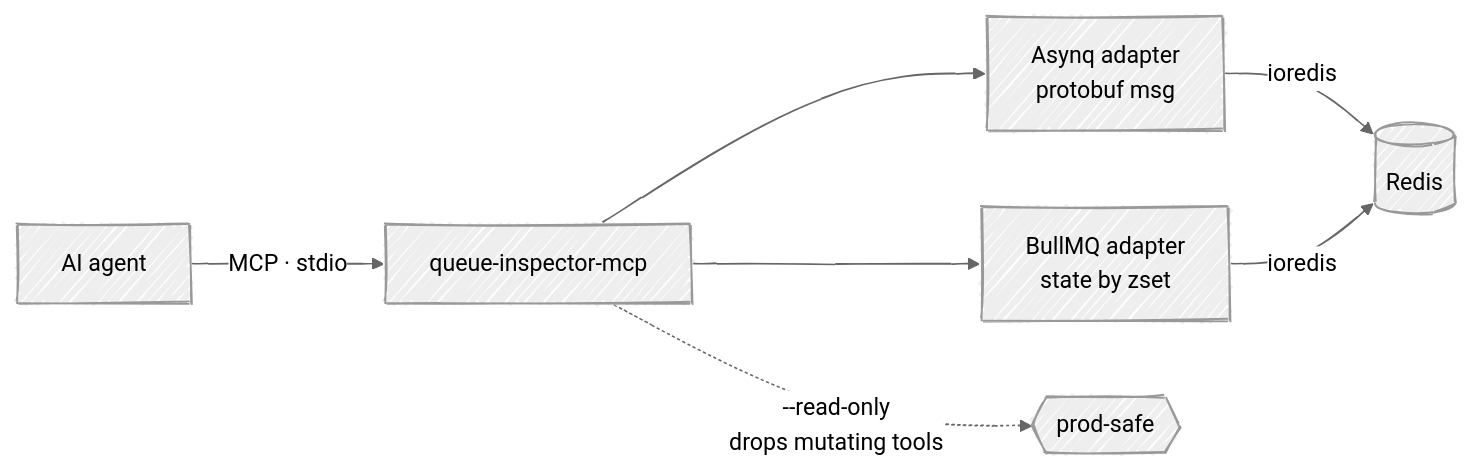
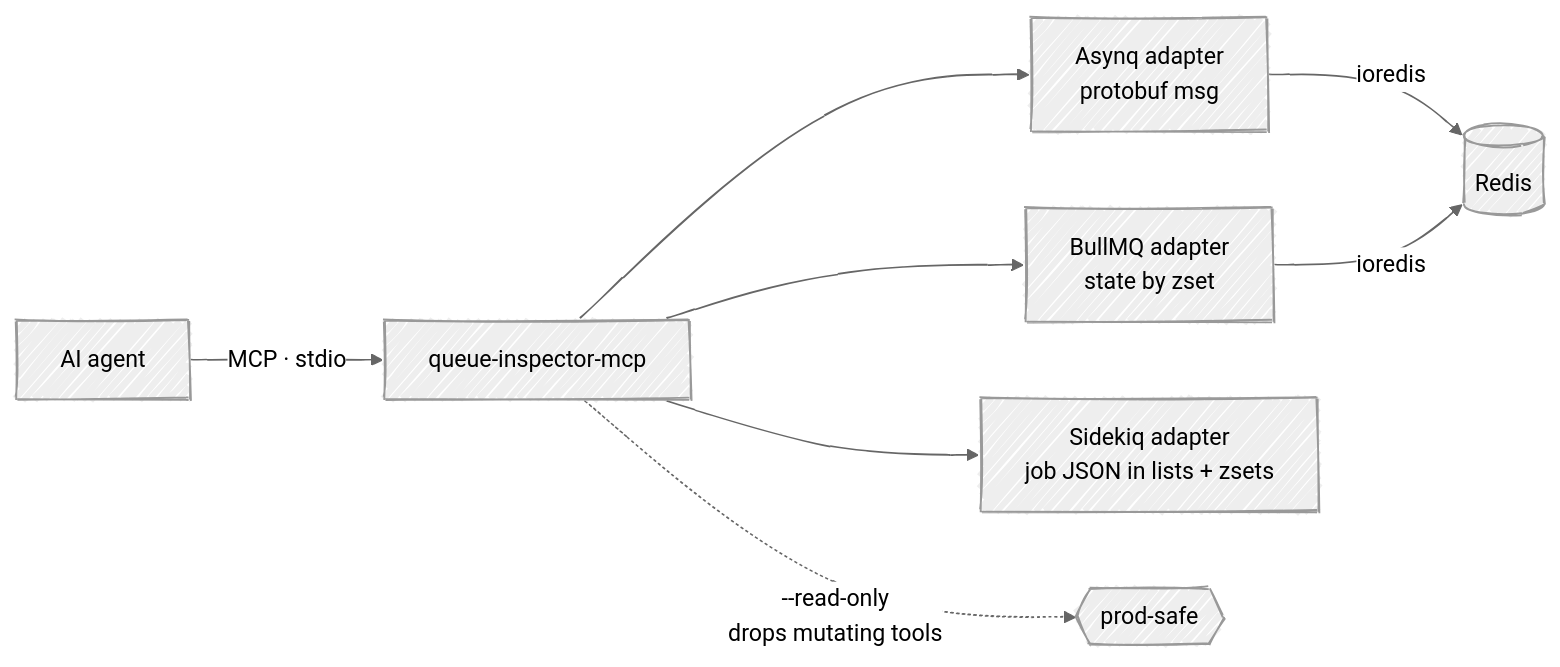
One commit to Yusufihsangorgel/queue-inspector-mcp changed the first of 2 diagrams in README.md. Above: the diagram before and after it, drawn with Mermaid (neutral theme). The commit also changed other lines of this file and 2 other files, not shown here.

First line of the commit message:
Document the Sidekiq backend and cut 0.2.0

````diff
--- a/README.md
+++ b/README.md
@@ -57,13 +57,14 @@
 ```mermaid
 ---
 config:
   look: handDrawn
 ---
 flowchart LR
     A["AI agent"] -->|"MCP · stdio"| M["queue-inspector-mcp"]
     M --> B1["Asynq adapter<br/>protobuf msg"]
     M --> B2["BullMQ adapter<br/>state by zset"]
+    M --> B3["Sidekiq adapter<br/>job JSON in lists + zsets"]
     B1 -->|ioredis| R[("Redis")]
     B2 -->|ioredis| R
     M -.->|"--read-only<br/>drops mutating tools"| G{{"prod-safe"}}
 ```
````
